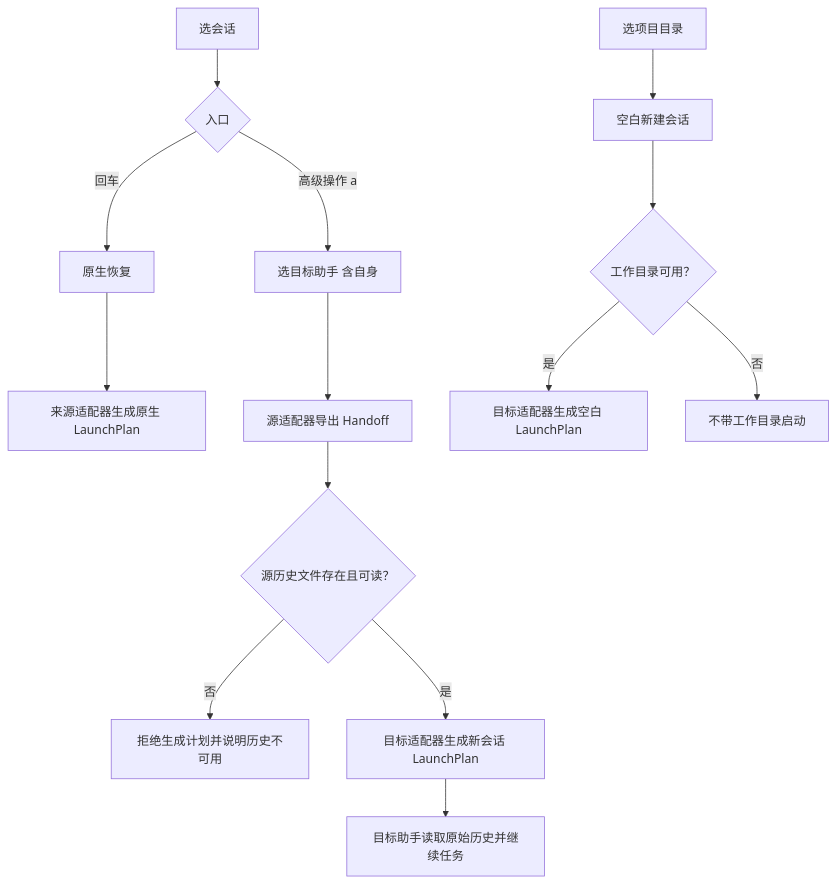
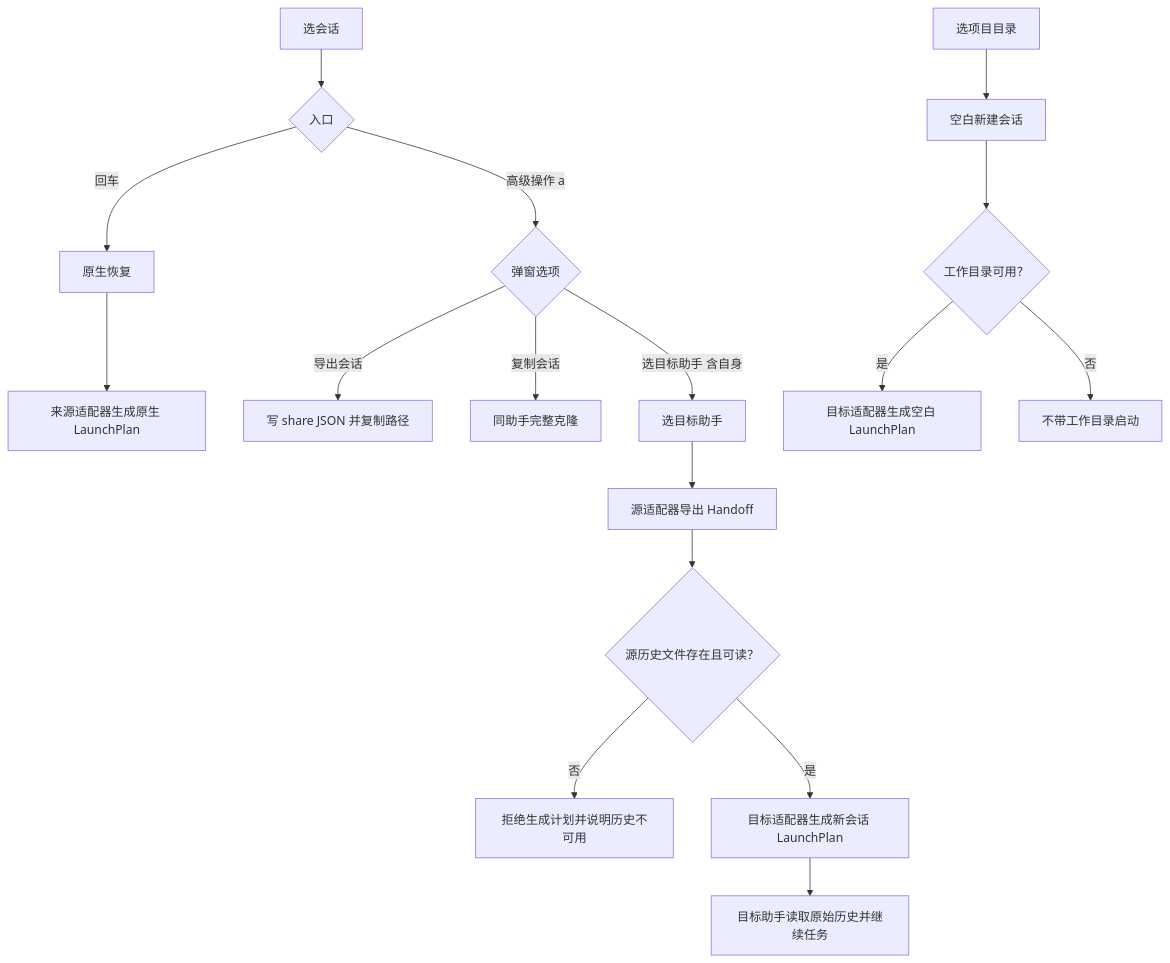
Before and after one commit to x0c/corral: the diagram in docs/CROSS_RUNTIME_HANDOFF_KNOWLEDGE_BASE.md, drawn with Mermaid. The commit also changed other lines of this file and 18 other files, not shown here.

````diff
--- a/docs/CROSS_RUNTIME_HANDOFF_KNOWLEDGE_BASE.md
+++ b/docs/CROSS_RUNTIME_HANDOFF_KNOWLEDGE_BASE.md
@@ -31,17 +31,20 @@
 ```mermaid
 flowchart TD
     A[选会话] --> B{入口}
     B -- 回车 --> C[原生恢复]
     C --> D[来源适配器生成原生 LaunchPlan]
-    B -- 高级操作 a --> E[选目标助手 含自身]
+    B -- 高级操作 a --> P{弹窗选项}
+    P -- 导出会话 --> Q[写 share JSON 并复制路径]
+    P -- 复制会话 --> R[同助手完整克隆]
+    P -- 选目标助手 含自身 --> E[选目标助手]
     E --> F[源适配器导出 Handoff]
     F --> G{源历史文件存在且可读？}
     G -- 否 --> H[拒绝生成计划并说明历史不可用]
     G -- 是 --> I[目标适配器生成新会话 LaunchPlan]
     I --> J[目标助手读取原始历史并继续任务]
 
     K[选项目目录] --> L[空白新建会话]
     L --> M{工作目录可用？}
     M -- 是 --> N[目标适配器生成空白 LaunchPlan]
     M -- 否 --> O[不带工作目录启动]
 ```
````
